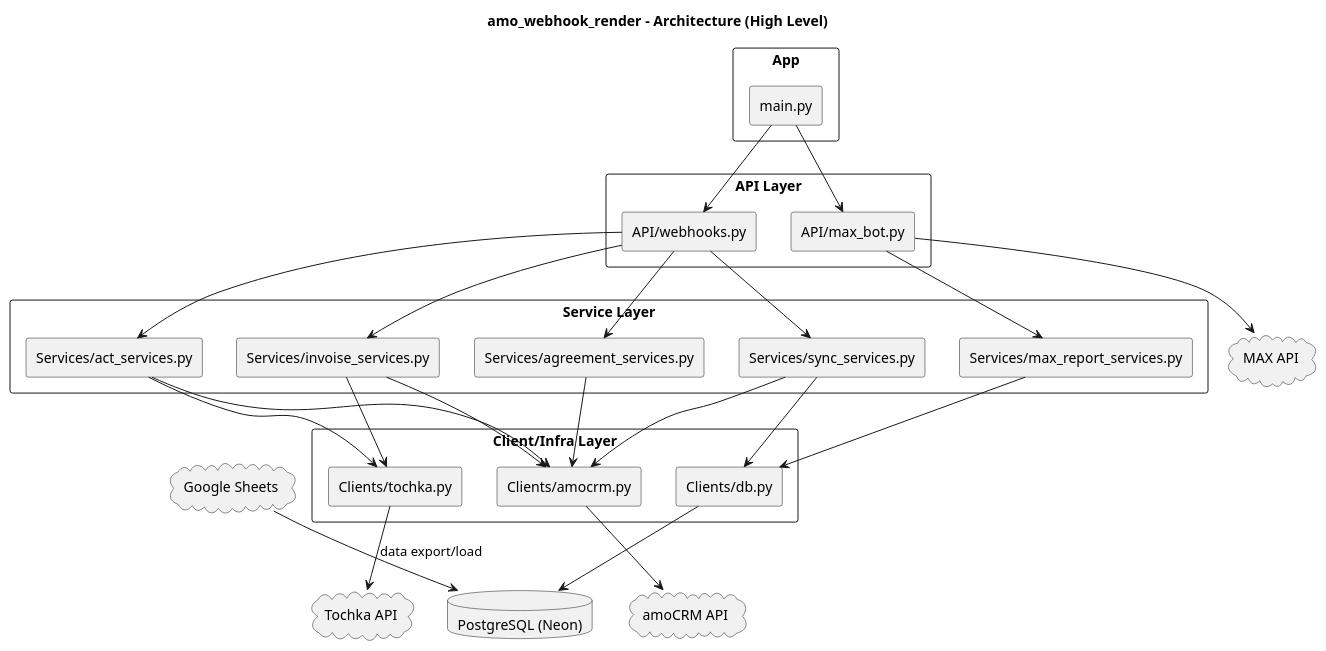
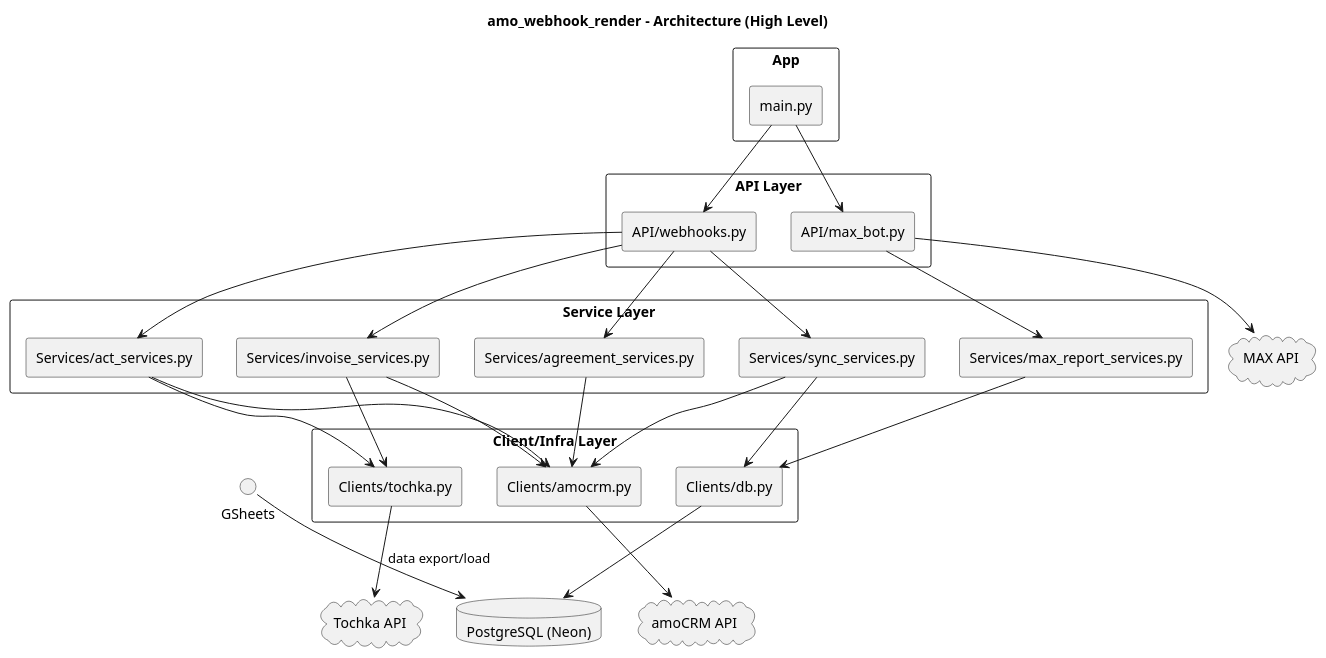
The diagram in architecture.puml (Grigs04/render_webhook_amo), drawn with PlantUML before and after one commit. The commit also changed 3 other files, not shown here.

```diff
--- a/architecture.puml
+++ b/architecture.puml
@@ -1,64 +1,63 @@
 @startuml
 title amo_webhook_render - Architecture (High Level)
 skinparam componentStyle rectangle
 skinparam packageStyle rectangle
 
 package "App" {
   [main.py] as Main
 }
 
 package "API Layer" {
   [API/webhooks.py] as ApiWebhooks
   [API/max_bot.py] as ApiMaxBot
 }
 
 package "Service Layer" {
   [Services/invoise_services.py] as SvcInvoice
   [Services/act_services.py] as SvcAct
   [Services/agreement_services.py] as SvcAgreement
   [Services/sync_services.py] as SvcSync
   [Services/max_report_services.py] as SvcMaxReport
 }
 
 package "Client/Infra Layer" {
   [Clients/amocrm.py] as CliAmo
   [Clients/tochka.py] as CliTochka
   [Clients/db.py] as CliDb
 }
 
 database "PostgreSQL (Neon)" as Neon
 cloud "amoCRM API" as AmoApi
 cloud "Tochka API" as TochkaApi
-cloud "Google Sheets" as GSheets
 cloud "MAX API" as MaxApi
 
 Main --> ApiWebhooks
 Main --> ApiMaxBot
 
 ApiWebhooks --> SvcInvoice
 ApiWebhooks --> SvcAct
 ApiWebhooks --> SvcAgreement
 ApiWebhooks --> SvcSync
 
 ApiMaxBot --> SvcMaxReport
 ApiMaxBot --> MaxApi
 
 SvcInvoice --> CliAmo
 SvcInvoice --> CliTochka
 
 SvcAct --> CliAmo
 SvcAct --> CliTochka
 
 SvcAgreement --> CliAmo
 
 SvcSync --> CliAmo
 SvcSync --> CliDb
 
 SvcMaxReport --> CliDb
 
 CliAmo --> AmoApi
 CliTochka --> TochkaApi
 CliDb --> Neon
 GSheets --> Neon : data export/load
 
 @enduml
```
